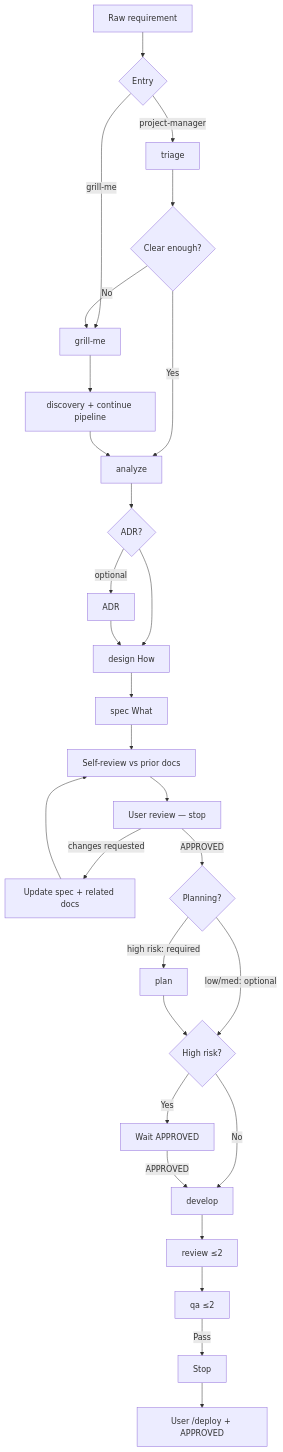
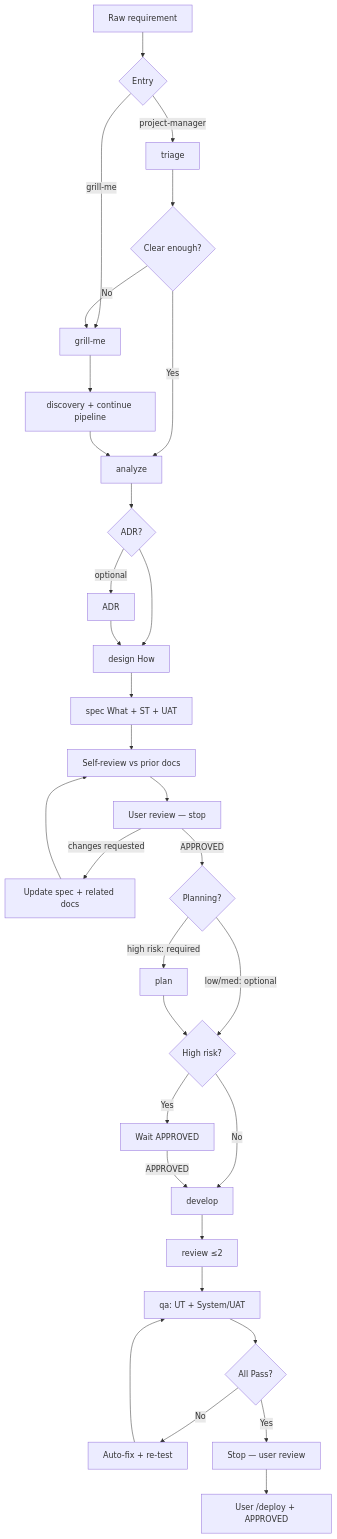
The diagram in templates/WORKFLOW.md (AI-Deep-Labs/3A-Factory), drawn with Mermaid before and after one commit. The commit also changed other lines of this file and 12 other files, not shown here.

Commit message:
improve spec add UT & AC UAT

````diff
--- a/templates/WORKFLOW.md
+++ b/templates/WORKFLOW.md
@@ -4,31 +4,34 @@
 ```mermaid
 flowchart TD
   R[Raw requirement] --> E{Entry}
   E -->|project-manager| I[triage]
   E -->|grill-me| G[grill-me]
   I --> V{Clear enough?}
   V -->|No| G
   V -->|Yes| A[analyze]
   G --> D[discovery + continue pipeline]
   D --> A
   A --> ADR{ADR?}
   ADR -->|optional| AD[ADR]
   ADR --> DES[design How]
   AD --> DES
-  DES --> S[spec What]
+  DES --> S[spec What + ST + UAT]
   S --> SR[Self-review vs prior docs]
   SR --> UR[User review — stop]
   UR -->|changes requested| FIX[Update spec + related docs]
   FIX --> SR
   UR -->|APPROVED| P{Planning?}
   P -->|high risk: required| PL[plan]
   P -->|low/med: optional| CG{High risk?}
   PL --> CG
   CG -->|Yes| AP[Wait APPROVED]
   CG -->|No| C[develop]
   AP -->|APPROVED| C
   C --> Vw[review ≤2]
-  Vw --> Q[qa ≤2]
-  Q -->|Pass| Stop[Stop]
-  Stop --> Dep[User /deploy + APPROVED]
+  Vw --> Q[qa: UT + System/UAT]
+  Q --> LOOP{All Pass?}
+  LOOP -->|No| FIXQ[Auto-fix + re-test]
+  FIXQ --> Q
+  LOOP -->|Yes| UQR[Stop — user review]
+  UQR --> Dep[User /deploy + APPROVED]
 ```
````
